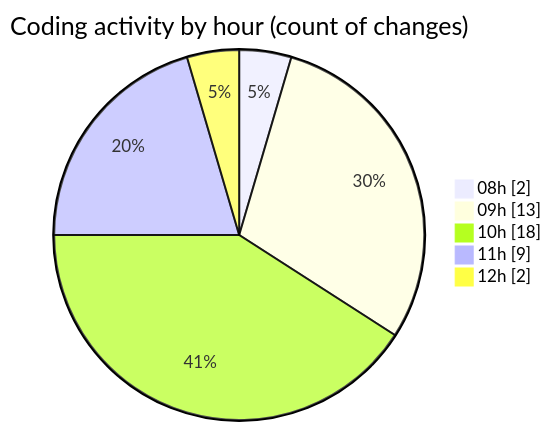
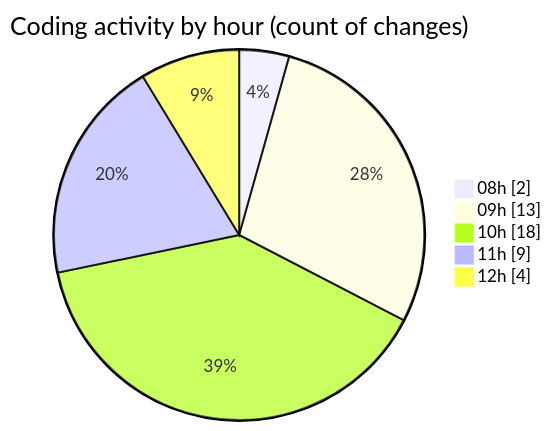
The second of 2 diagrams in 2025-03-26/kml/README.md (LanceThiago/code-tracking), drawn with Mermaid before and after one commit. The commit also changed other lines of this file and 1 other file, not shown here.

````diff
--- a/2025-03-26/kml/README.md
+++ b/2025-03-26/kml/README.md
@@ -38,9 +39,9 @@
 ```mermaid
 pie showData
 title Coding activity by hour (count of changes)
 "08h" : 2
 "09h" : 13
 "10h" : 18
 "11h" : 9
-"12h" : 2
+"12h" : 4
 ```
````
